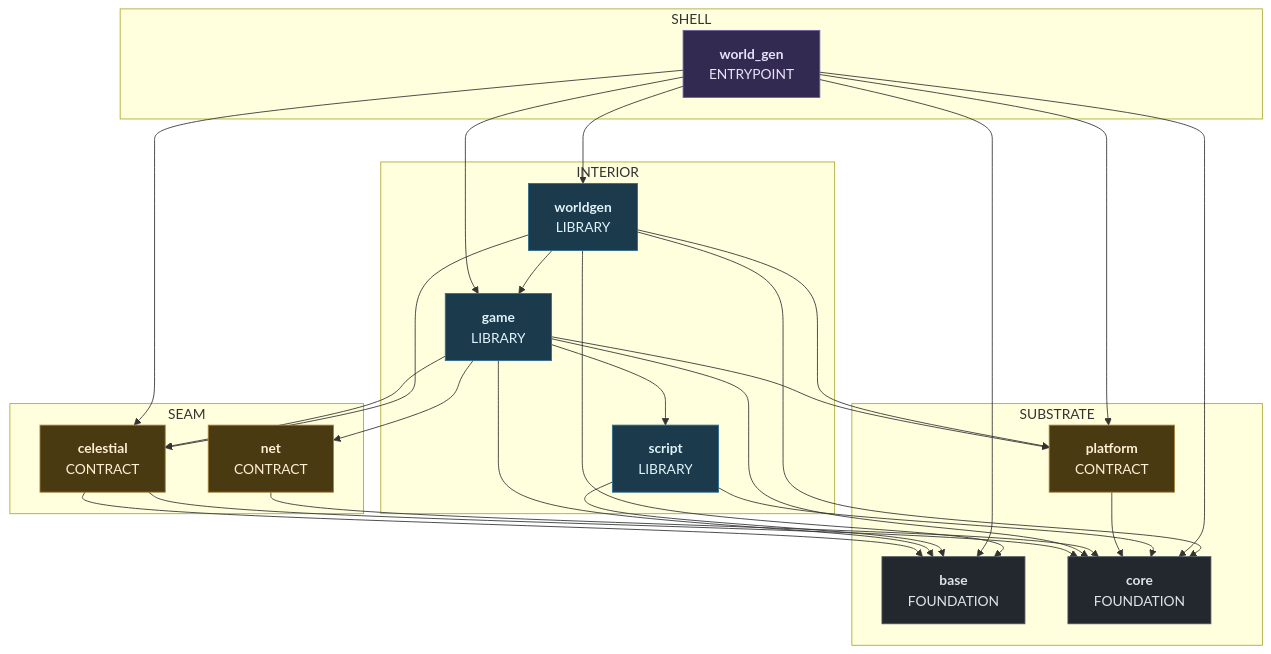
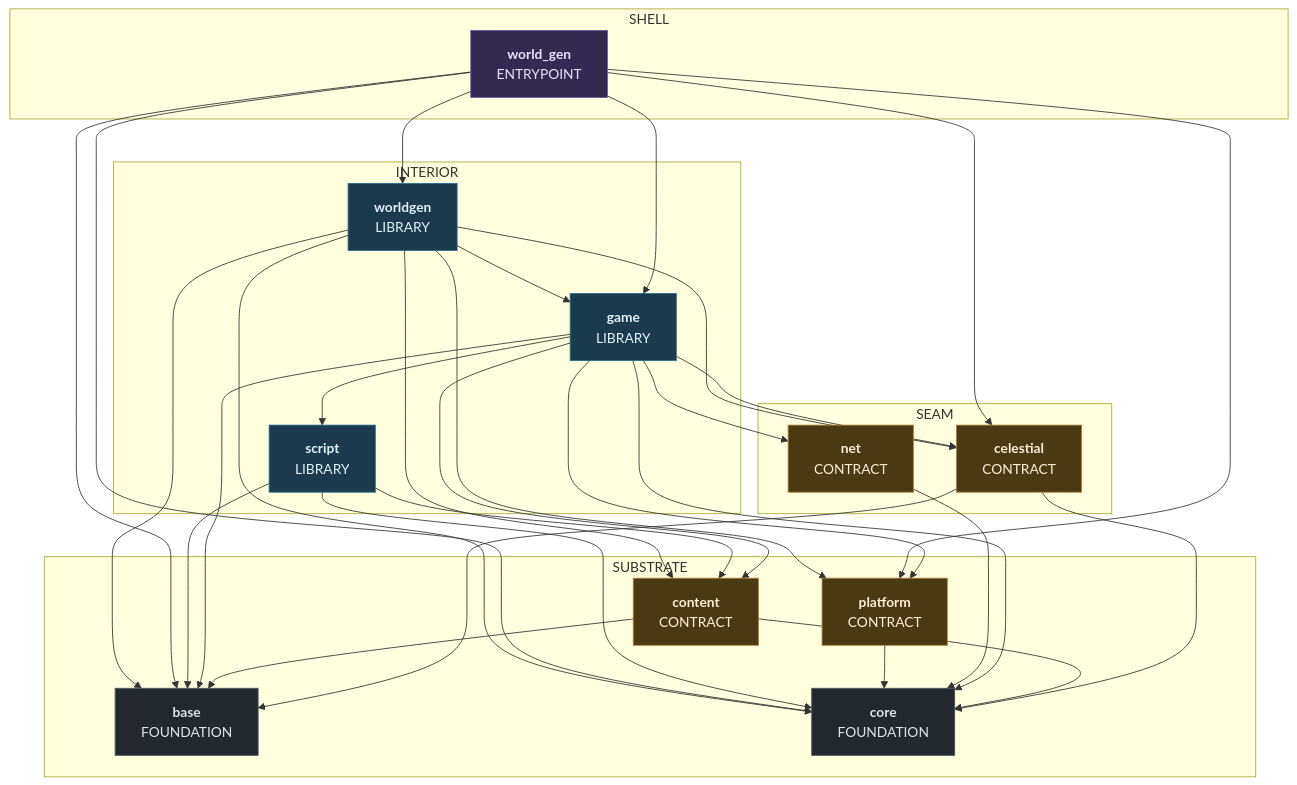
The seventh of 10 diagrams in docs/superpowers/specs/2026-08-01-sovereign-headless-client-design.md (apnex/OpenStarbound), drawn with Mermaid before and after one commit. The commit also changed other lines of this file and 1 other file, not shown here.

````diff
--- a/docs/superpowers/specs/2026-08-01-sovereign-headless-client-design.md
+++ b/docs/superpowers/specs/2026-08-01-sovereign-headless-client-design.md
@@ -2006,54 +2096,60 @@
 ```mermaid
 %% composition: world_gen
 flowchart TD
   subgraph Z_SUBSTRATE ["SUBSTRATE"]
     base["<b>base</b><br/>FOUNDATION"]
+    content["<b>content</b><br/>CONTRACT"]
     core["<b>core</b><br/>FOUNDATION"]
     platform["<b>platform</b><br/>CONTRACT"]
   end
   subgraph Z_SEAM ["SEAM"]
     celestial["<b>celestial</b><br/>CONTRACT"]
     net["<b>net</b><br/>CONTRACT"]
   end
   subgraph Z_INTERIOR ["INTERIOR"]
     game["<b>game</b><br/>LIBRARY"]
     script["<b>script</b><br/>LIBRARY"]
     worldgen["<b>worldgen</b><br/>LIBRARY"]
   end
   subgraph Z_SHELL ["SHELL"]
     world_gen["<b>world_gen</b><br/>ENTRYPOINT"]
   end
   celestial --> base
   celestial --> core
+  content --> base
+  content --> core
   game --> base
   game --> celestial
+  game --> content
   game --> core
   game --> net
   game --> platform
   game --> script
   net --> core
   platform --> core
   script --> base
+  script --> content
   script --> core
   world_gen --> base
   world_gen --> celestial
   world_gen --> core
   world_gen --> game
   world_gen --> platform
   world_gen --> worldgen
   worldgen --> base
   worldgen --> celestial
+  worldgen --> content
   worldgen --> core
   worldgen --> game
   worldgen --> platform
   classDef kFoundation fill:#23282f,stroke:#4a545e,color:#dfe4ea
   classDef kContract fill:#4a3a12,stroke:#a8813a,color:#fdf0d5
   classDef kBackend fill:#5c2020,stroke:#aa3333,color:#ffe5e5
   classDef kLibrary fill:#1b3a4b,stroke:#2c6e8f,color:#e0f2f9
   classDef kEntrypoint fill:#332a52,stroke:#6d5fa8,color:#e8e2f8
   classDef kElement fill:#1c1f25,stroke:#6b7482,color:#c2c9d4,stroke-dasharray:4 3
   class base,core kFoundation
-  class celestial,net,platform kContract
+  class celestial,content,net,platform kContract
   class game,script,worldgen kLibrary
   class world_gen kEntrypoint
 ```
````
